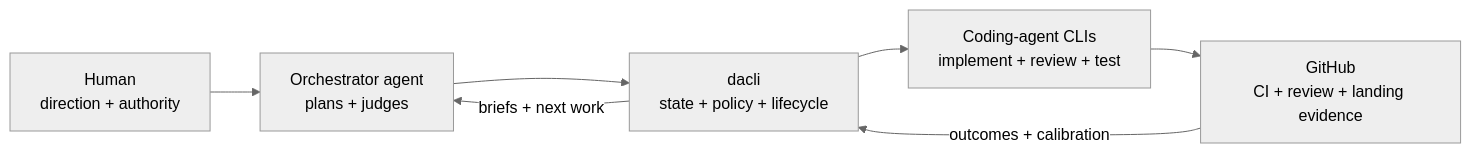
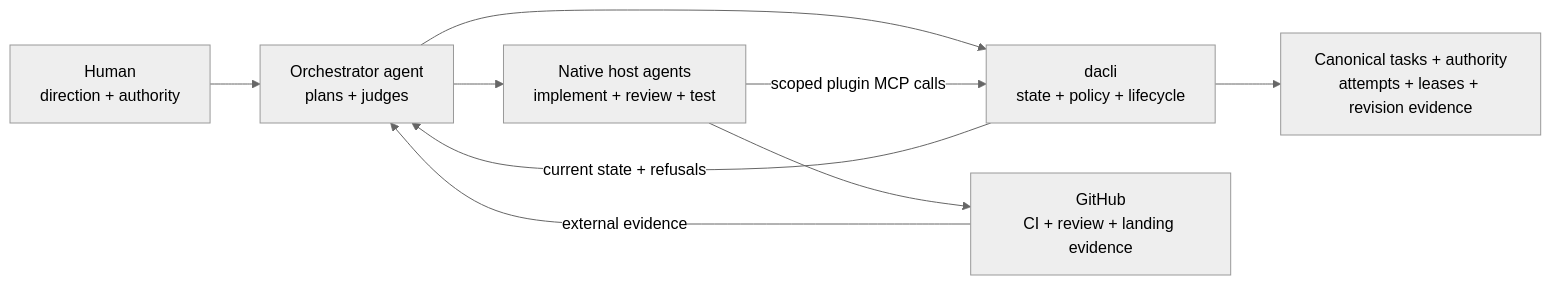
Before and after one commit to dacharika/dacli: the diagram in README.md, drawn with Mermaid (neutral theme). The commit also changed other lines of this file, not shown here.

First line of the commit message:
Document native host plugin governance first and separate released legacy installation

````diff
--- a/README.md
+++ b/README.md
@@ -48,9 +45,11 @@
 ```mermaid
 flowchart LR
   H[Human<br/>direction + authority] --> O[Orchestrator agent<br/>plans + judges]
   O --> D[dacli<br/>state + policy + lifecycle]
-  D --> C[Coding-agent CLIs<br/>implement + review + test]
+  O --> C[Native host agents<br/>implement + review + test]
+  C -->|scoped plugin MCP calls| D
+  D --> W[Canonical tasks + authority<br/>attempts + leases + revision evidence]
   C --> G[GitHub<br/>CI + review + landing evidence]
-  G -->|outcomes + calibration| D
-  D -->|briefs + next work| O
+  G -->|external evidence| O
+  D -->|current state + refusals| O
 ```
````
